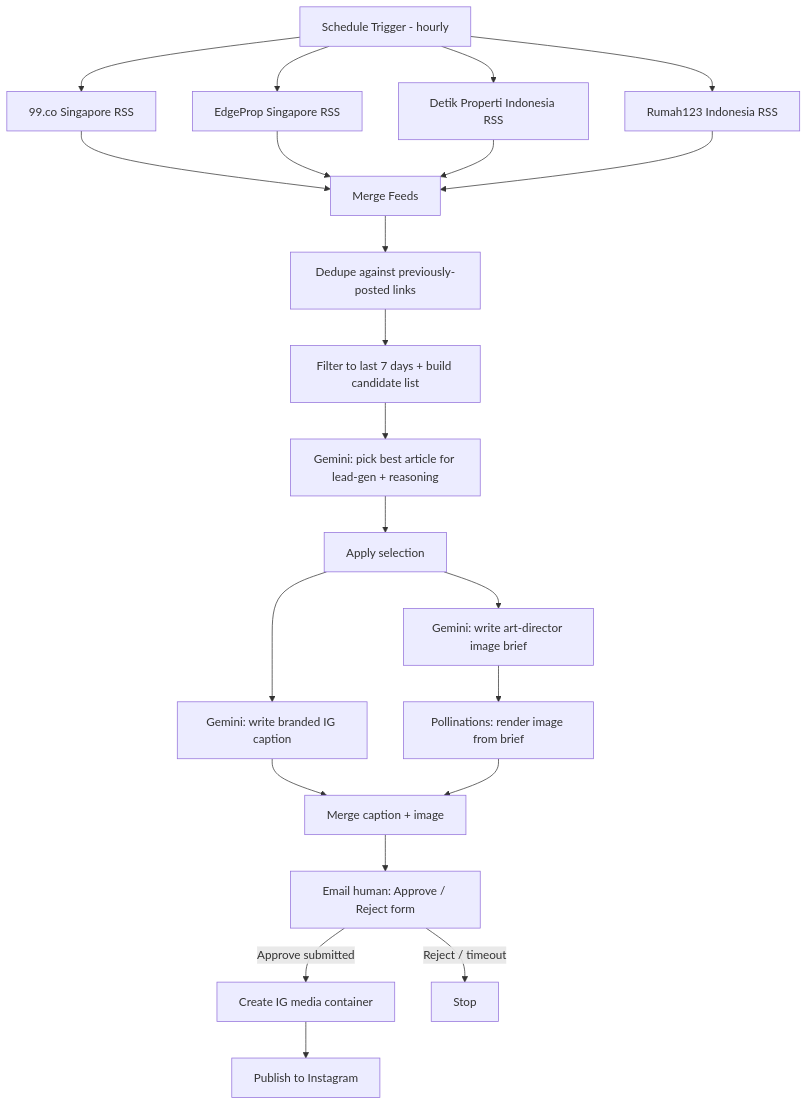
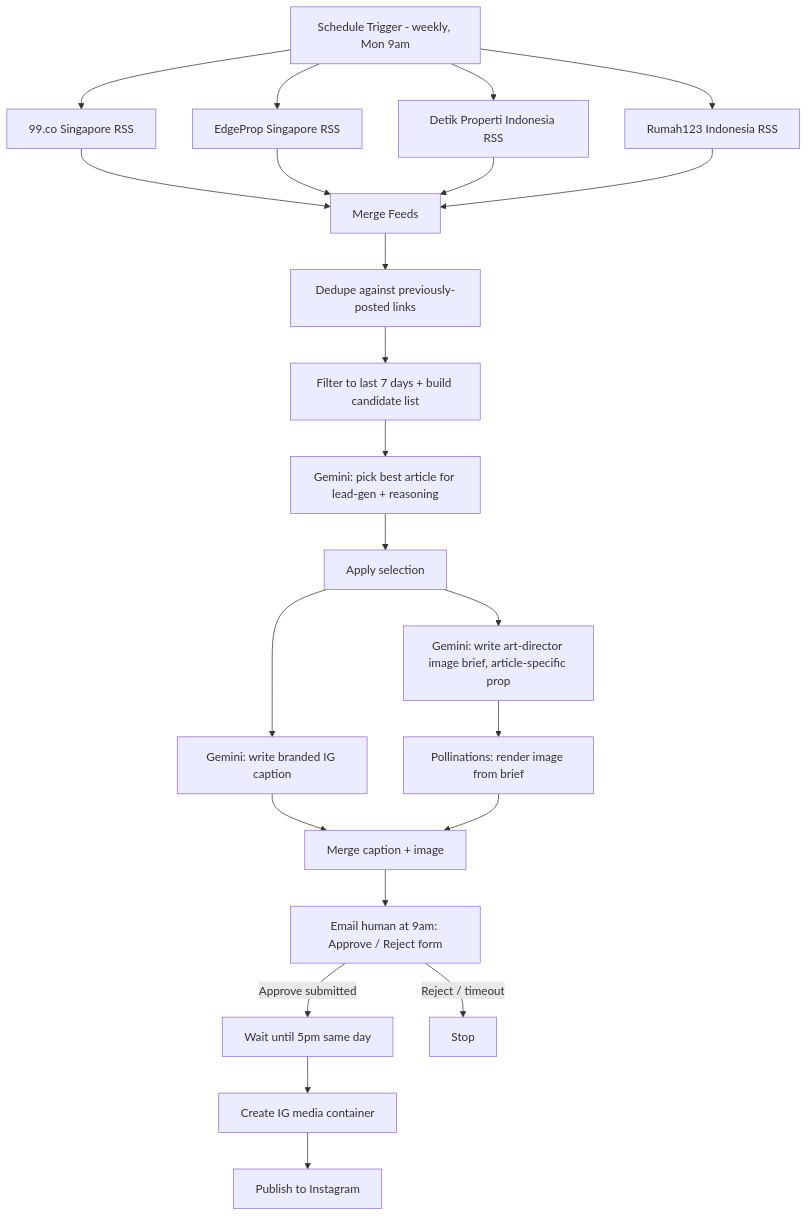
One commit to adlrmdn/rumah123-ig-news-bot changed the diagram in README.md. Above: the diagram before and after it, drawn with Mermaid. The commit also changed other lines of this file and 4 other files, not shown here.

Commit message:
Finalize: weekly Monday 9am schedule with 5pm publish delay, article-specific image props, cleaner docs

````diff
--- a/README.md
+++ b/README.md
@@ -19,24 +19,25 @@
 ```mermaid
 flowchart TD
-    A[Schedule Trigger - hourly] --> B1[99.co Singapore RSS]
+    A[Schedule Trigger - weekly, Mon 9am] --> B1[99.co Singapore RSS]
     A --> B2[EdgeProp Singapore RSS]
     A --> B3[Detik Properti Indonesia RSS]
     A --> B4[Rumah123 Indonesia RSS]
     B1 --> C[Merge Feeds]
     B2 --> C
     B3 --> C
     B4 --> C
     C --> D[Dedupe against previously-posted links]
     D --> E[Filter to last 7 days + build candidate list]
     E --> F[Gemini: pick best article for lead-gen + reasoning]
     F --> G[Apply selection]
     G --> H1[Gemini: write branded IG caption]
-    G --> H2[Gemini: write art-director image brief]
+    G --> H2[Gemini: write art-director image brief, article-specific prop]
     H2 --> I[Pollinations: render image from brief]
     H1 --> J[Merge caption + image]
     I --> J
-    J --> K[Email human: Approve / Reject form]
-    K -->|Approve submitted| L1[Create IG media container]
+    J --> K[Email human at 9am: Approve / Reject form]
+    K -->|Approve submitted| W[Wait until 5pm same day]
     K -->|Reject / timeout| M[Stop]
+    W --> L1[Create IG media container]
     L1 --> L2[Publish to Instagram]
 ```
````
